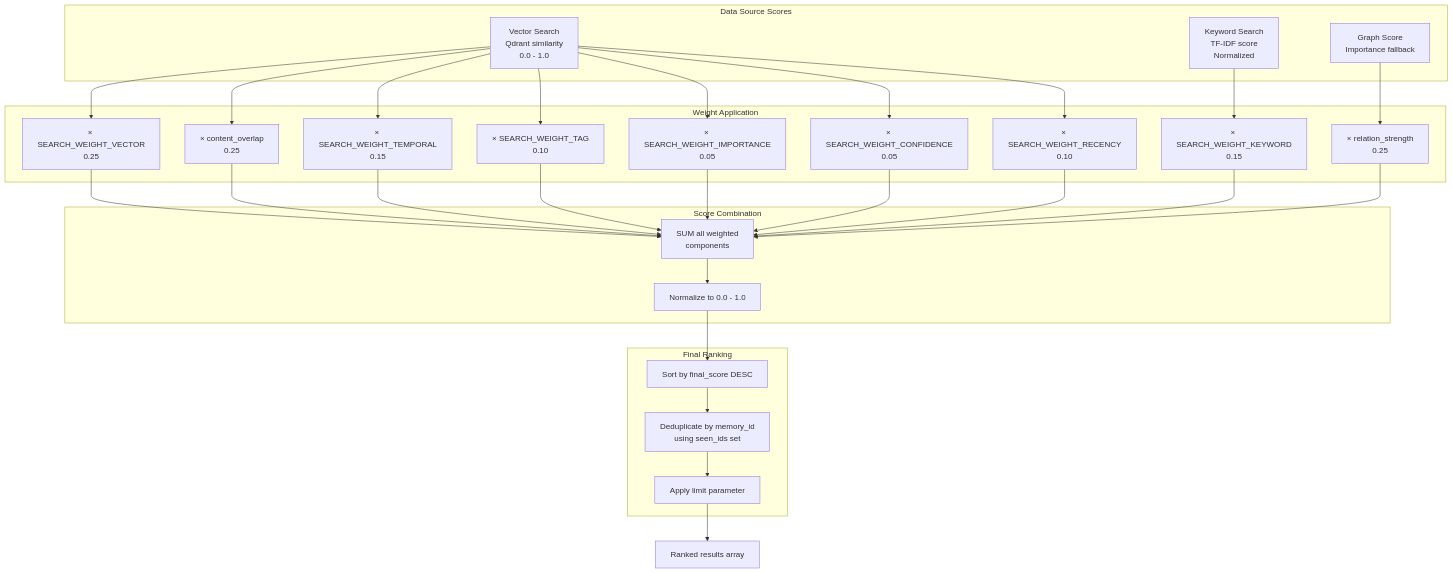
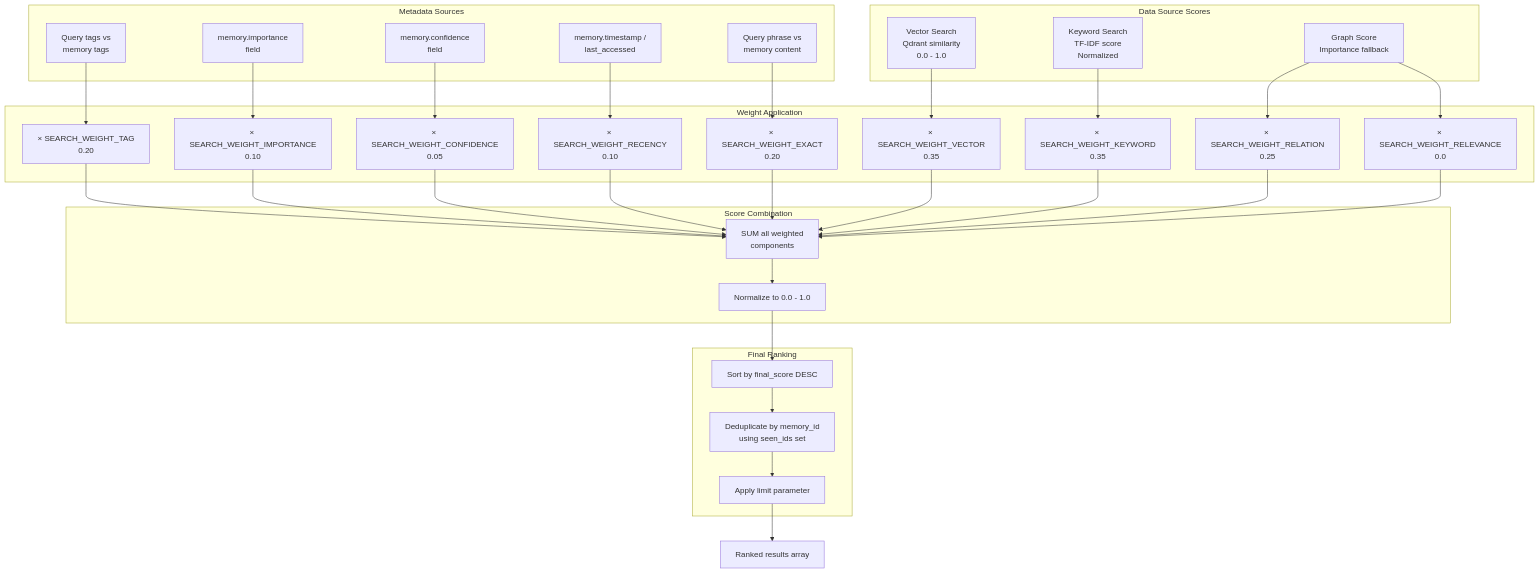
The third of 3 diagrams in src/content/docs/docs/core-concepts/hybrid-search.md (verygoodplugins/automem-website), drawn with Mermaid before and after one commit. The commit also changed other lines of this file and 52 other files, not shown here.

````diff
--- a/src/content/docs/docs/core-concepts/hybrid-search.md
+++ b/src/content/docs/docs/core-concepts/hybrid-search.md
@@ -223,59 +229,67 @@
 ```mermaid
 flowchart TD
     subgraph sources ["Data Source Scores"]
         VS["Vector Search<br/>Qdrant similarity<br/>0.0 - 1.0"]
         KS["Keyword Search<br/>TF-IDF score<br/>Normalized"]
         GS["Graph Score<br/>Importance fallback"]
     end
 
+    subgraph metadata ["Metadata Sources"]
+        TagSrc["Query tags vs<br/>memory tags"]
+        ImpSrc["memory.importance<br/>field"]
+        ConfSrc["memory.confidence<br/>field"]
+        RecSrc["memory.timestamp /<br/>last_accessed"]
+        ExSrc["Query phrase vs<br/>memory content"]
+    end
+
     subgraph weights ["Weight Application"]
-        VW["× SEARCH_WEIGHT_VECTOR<br/>0.25"]
-        KW["× SEARCH_WEIGHT_KEYWORD<br/>0.15"]
-        RW["× relation_strength<br/>0.25"]
-        CW["× content_overlap<br/>0.25"]
-        TW["× SEARCH_WEIGHT_TEMPORAL<br/>0.15"]
-        TagW["× SEARCH_WEIGHT_TAG<br/>0.10"]
-        IW["× SEARCH_WEIGHT_IMPORTANCE<br/>0.05"]
+        VW["× SEARCH_WEIGHT_VECTOR<br/>0.35"]
+        KW["× SEARCH_WEIGHT_KEYWORD<br/>0.35"]
+        TagW["× SEARCH_WEIGHT_TAG<br/>0.20"]
+        IW["× SEARCH_WEIGHT_IMPORTANCE<br/>0.10"]
         ConfW["× SEARCH_WEIGHT_CONFIDENCE<br/>0.05"]
         RecW["× SEARCH_WEIGHT_RECENCY<br/>0.10"]
+        ExW["× SEARCH_WEIGHT_EXACT<br/>0.20"]
+        RW["× SEARCH_WEIGHT_RELATION<br/>0.25"]
+        CtxW["× SEARCH_WEIGHT_RELEVANCE<br/>0.0"]
     end
 
     subgraph combination ["Score Combination"]
         Sum["SUM all weighted<br/>components"]
         Normalize["Normalize to 0.0 - 1.0"]
     end
 
     subgraph output ["Final Ranking"]
         Sort["Sort by final_score DESC"]
         Dedup["Deduplicate by memory_id<br/>using seen_ids set"]
         Limit["Apply limit parameter"]
     end
 
     Results["Ranked results array"]
 
     VS --> VW
     KS --> KW
+    TagSrc --> TagW
+    ImpSrc --> IW
+    ConfSrc --> ConfW
+    RecSrc --> RecW
+    ExSrc --> ExW
     GS --> RW
-    VS --> CW
-    VS --> TW
-    VS --> TagW
-    VS --> IW
-    VS --> ConfW
-    VS --> RecW
+    GS --> CtxW
 
     VW --> Sum
     KW --> Sum
-    RW --> Sum
-    CW --> Sum
-    TW --> Sum
     TagW --> Sum
     IW --> Sum
     ConfW --> Sum
     RecW --> Sum
+    ExW --> Sum
+    RW --> Sum
+    CtxW --> Sum
 
     Sum --> Normalize
     Normalize --> Sort
     Sort --> Dedup
     Dedup --> Limit
     Limit --> Results
 ```
````
